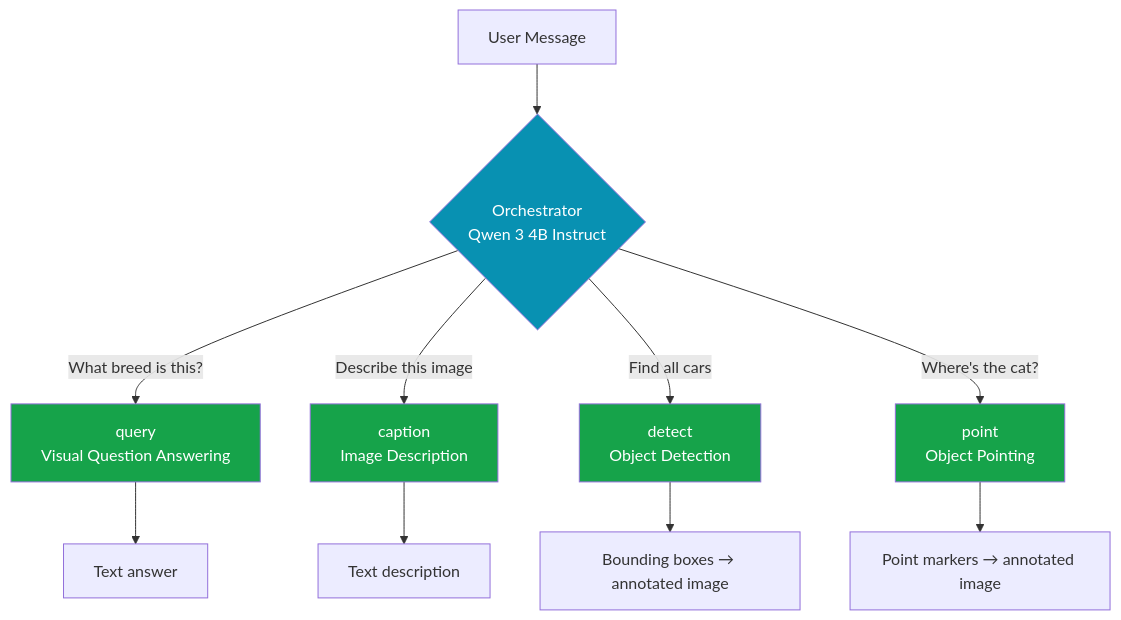
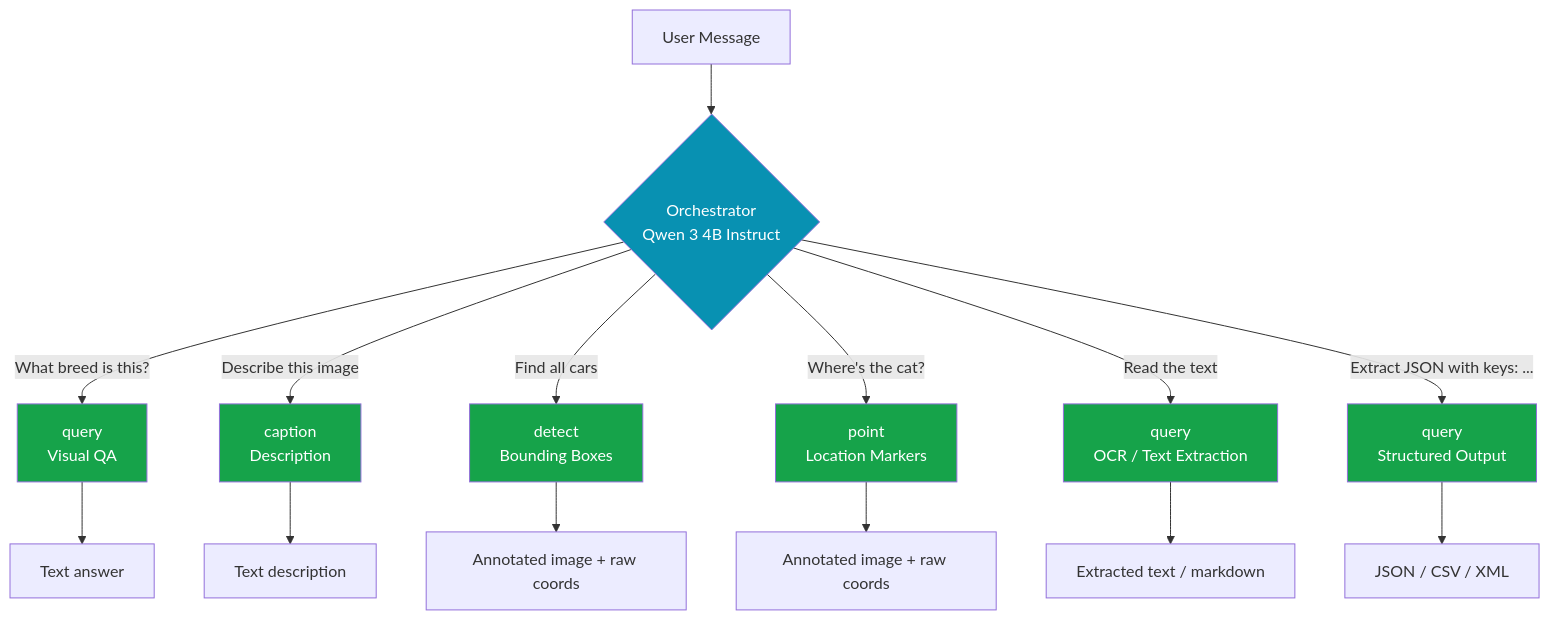
The third of 4 diagrams in README.md (dattazigzag/better_moondream_demo), drawn with Mermaid before and after one commit. The commit also changed other lines of this file and 3 other files, not shown here.

First line of the commit message:
Add OCR, structured output, reasoning toggle, encode_image, raw data display

````diff
--- a/README.md
+++ b/README.md
@@ -77,19 +77,25 @@
 ```mermaid
 graph TD
     Q[User Message] --> O{Orchestrator<br/>Qwen 3 4B Instruct}
-    O -->|"What breed is this?"| VQA[query<br/>Visual Question Answering]
-    O -->|"Describe this image"| CAP[caption<br/>Image Description]
-    O -->|"Find all cars"| DET[detect<br/>Object Detection]
-    O -->|"Where's the cat?"| PT[point<br/>Object Pointing]
+    O -->|"What breed is this?"| VQA[query<br/>Visual QA]
+    O -->|"Describe this image"| CAP[caption<br/>Description]
+    O -->|"Find all cars"| DET[detect<br/>Bounding Boxes]
+    O -->|"Where's the cat?"| PT[point<br/>Location Markers]
+    O -->|"Read the text"| OCR[query<br/>OCR / Text Extraction]
+    O -->|"Extract JSON with keys: ..."| STR[query<br/>Structured Output]
 
     VQA --> T1[Text answer]
     CAP --> T2[Text description]
-    DET --> B[Bounding boxes → annotated image]
-    PT --> P[Point markers → annotated image]
+    DET --> B[Annotated image + raw coords]
+    PT --> P[Annotated image + raw coords]
+    OCR --> T3[Extracted text / markdown]
+    STR --> T4[JSON / CSV / XML]
 
     style O fill:#0891b2,color:#fff
     style VQA fill:#16a34a,color:#fff
     style CAP fill:#16a34a,color:#fff
     style DET fill:#16a34a,color:#fff
     style PT fill:#16a34a,color:#fff
+    style OCR fill:#16a34a,color:#fff
+    style STR fill:#16a34a,color:#fff
 ```
````
